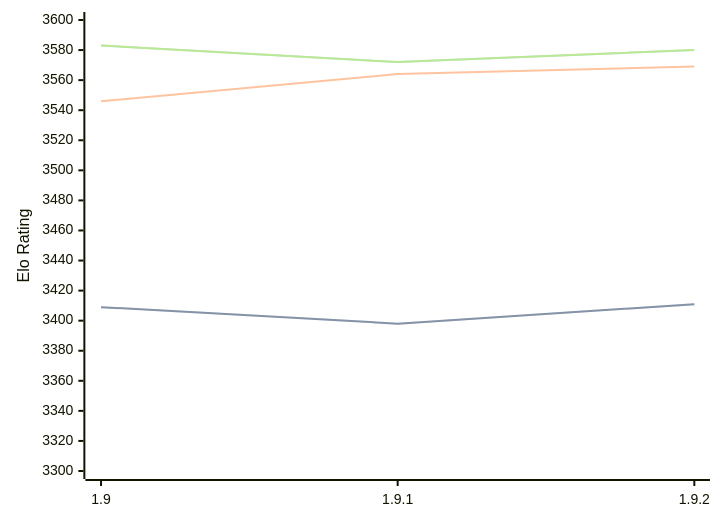
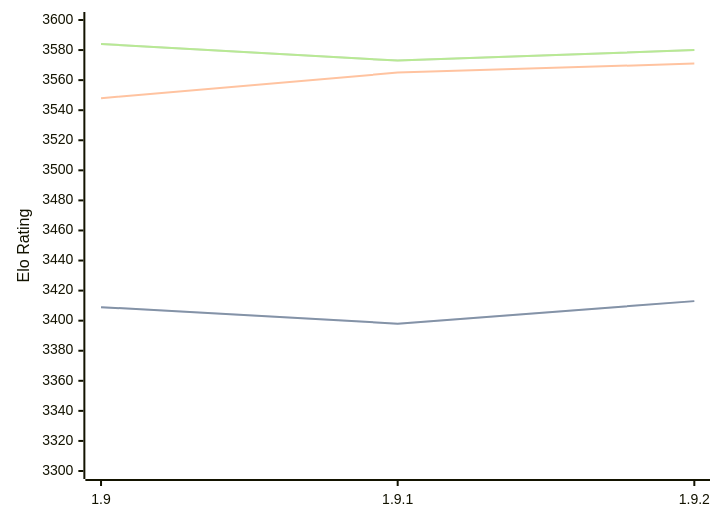
One commit to computer-chess-index/cci changed the diagram in engines/Pawnocchio.md. Above: the diagram before and after it, drawn with Mermaid. The commit also changed other lines of this file, not shown here.

Commit message:
Update CCI Ratings (ELO VLTC) - 2026-02-16

````diff
--- a/engines/Pawnocchio.md
+++ b/engines/Pawnocchio.md
@@ -45,11 +45,11 @@
 ```mermaid
 %%{init: {"theme":"base","themeVariables":{"seriesColors:['#a3a3a3','#222221','#faa371']}}}%%
 xychart-beta
   x-axis ["1.9", "1.9.1", "1.9.2"]
   y-axis "Elo Rating" 3300 --> 3600
-  line "STC (8.0+0.08s)" [3409, 3398, 3411]
-  line "STC (8.0+0.08s)" [3409, 3398, 3411]
-  line "LTC (60.0+0.60s)" [3546, 3564, 3569]
-  line "VLTC (2m24s+1.12s)" [3583, 3572, 3580]
-  line "VLTC (2m24s+1.12s)" [3583, 3572, 3580]
+  line "STC (8.0+0.08s)" [3409, 3398, 3413]
+  line "STC (8.0+0.08s)" [3409, 3398, 3413]
+  line "LTC (60.0+0.60s)" [3548, 3565, 3571]
+  line "VLTC (2m24s+1.12s)" [3584, 3573, 3580]
+  line "VLTC (2m24s+1.12s)" [3584, 3573, 3580]
 ```
````
